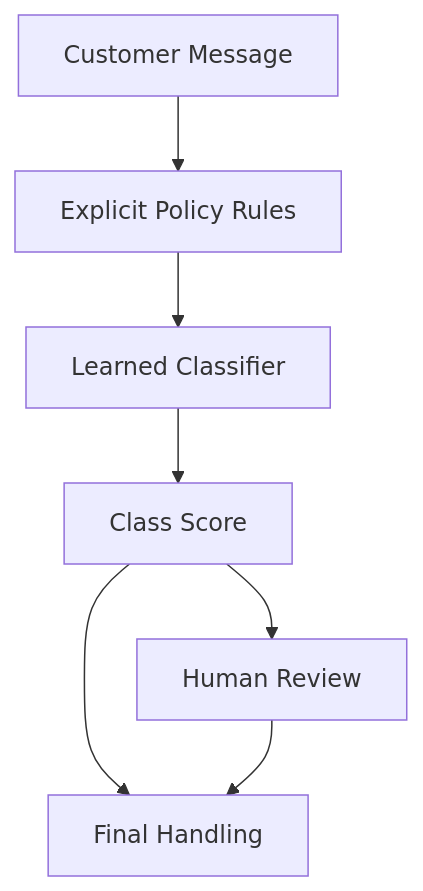
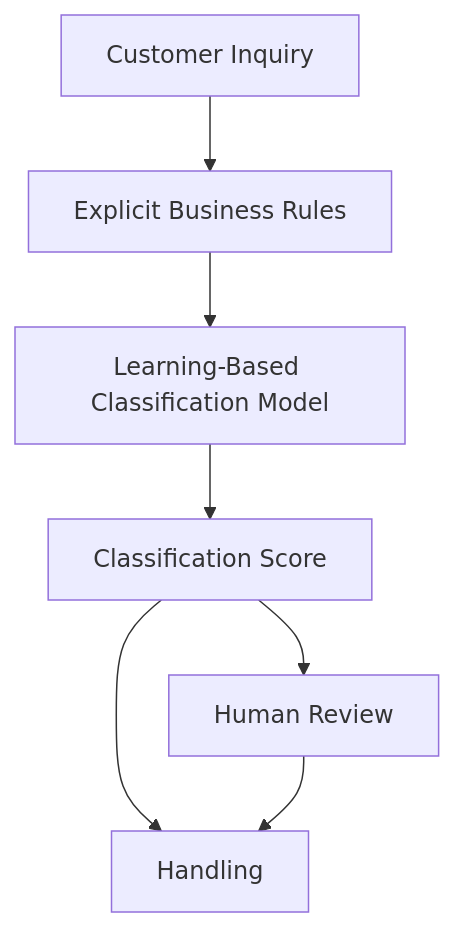
The third of 3 diagrams in docs/en/parts/part-01/chapter-03/section-03.md (devchan64/AiBook), drawn with Mermaid before and after one commit. The commit also changed other lines of this file and 36 other files, not shown here.

````diff
--- a/docs/en/parts/part-01/chapter-03/section-03.md
+++ b/docs/en/parts/part-01/chapter-03/section-03.md
@@ -189,16 +238,16 @@
 ```mermaid
 flowchart TD
-  Input["Customer Message"]
-  Policy["Explicit Policy Rules"]
-  Model["Learned Classifier"]
-  Score["Class Score"]
+  Input["Customer Inquiry"]
+  Policy["Explicit Business Rules"]
+  Model["Learning-Based Classification Model"]
+  Score["Classification Score"]
   Review["Human Review"]
-  Action["Final Handling"]
+  Action["Handling"]
 
   Input --> Policy
   Policy --> Model
   Model --> Score
   Score --> Action
   Score --> Review
   Review --> Action
 ```
````
